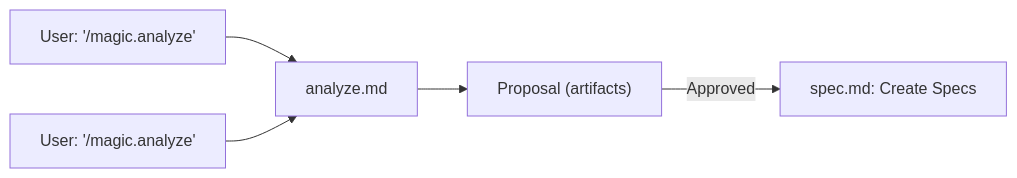
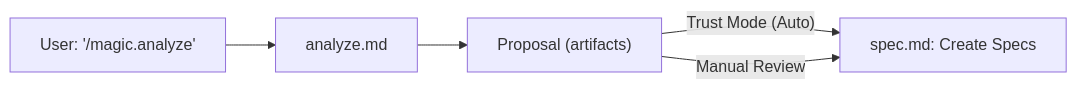
One commit to teratron/magic-spec changed the diagram in docs/analyze.md. Above: the diagram before and after it, drawn with Mermaid. The commit also changed other lines of this file and 21 other files, not shown here.

````diff
--- a/docs/analyze.md
+++ b/docs/analyze.md
@@ -20,7 +20,7 @@
 ```mermaid
 graph LR
     A["User: '/magic.analyze'"] --> C["analyze.md"]
-    B["User: '/magic.analyze'"] --> C
     C --> D["Proposal (artifacts)"]
-    D -->|Approved| E["spec.md: Create Specs"]
+    D -- "Trust Mode (Auto)" --> E["spec.md: Create Specs"]
+    D -- "Manual Review" --> E
 ```
````
